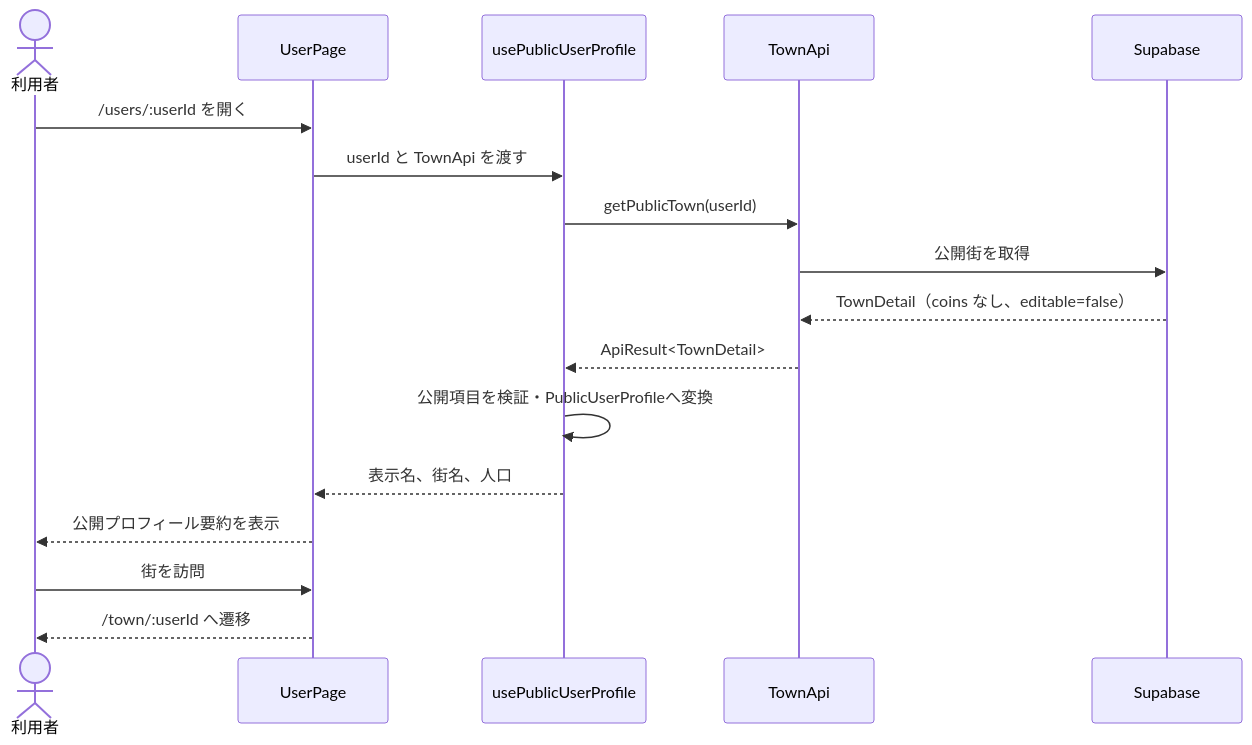
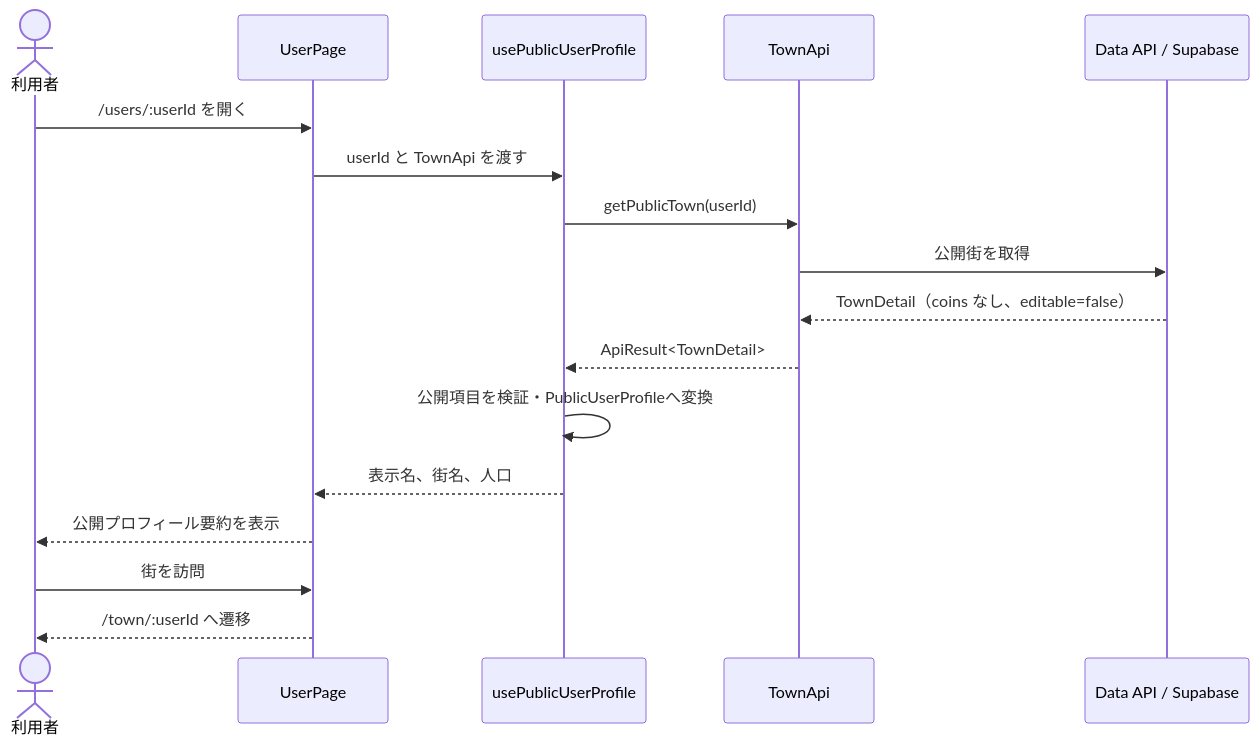
Before and after one commit to Megane14916/walk-city: the first of 2 diagrams in docs/ユーザーページDesignDoc.md, drawn with Mermaid. The commit also changed other lines of this file, not shown here.

````diff
--- a/docs/ユーザーページDesignDoc.md
+++ b/docs/ユーザーページDesignDoc.md
@@ -346,20 +346,20 @@
 ```mermaid
 sequenceDiagram
     actor User as 利用者
     participant Page as UserPage
     participant Hook as usePublicUserProfile
     participant API as TownApi
-    participant BE as Supabase
+    participant BE as Data API / Supabase
 
     User->>Page: /users/:userId を開く
     Page->>Hook: userId と TownApi を渡す
     Hook->>API: getPublicTown(userId)
     API->>BE: 公開街を取得
     BE-->>API: TownDetail（coins なし、editable=false）
     API-->>Hook: ApiResult<TownDetail>
     Hook->>Hook: 公開項目を検証・PublicUserProfileへ変換
     Hook-->>Page: 表示名、街名、人口
     Page-->>User: 公開プロフィール要約を表示
     User->>Page: 街を訪問
     Page-->>User: /town/:userId へ遷移
 ```
````
